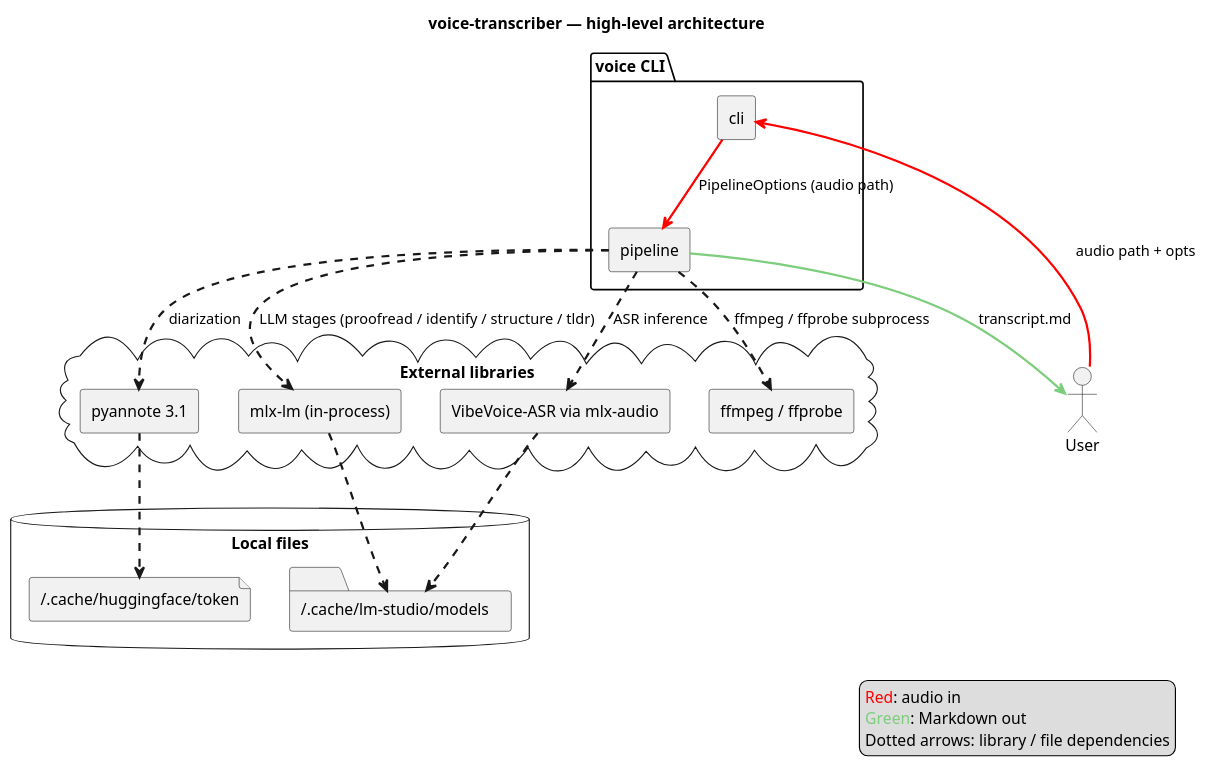
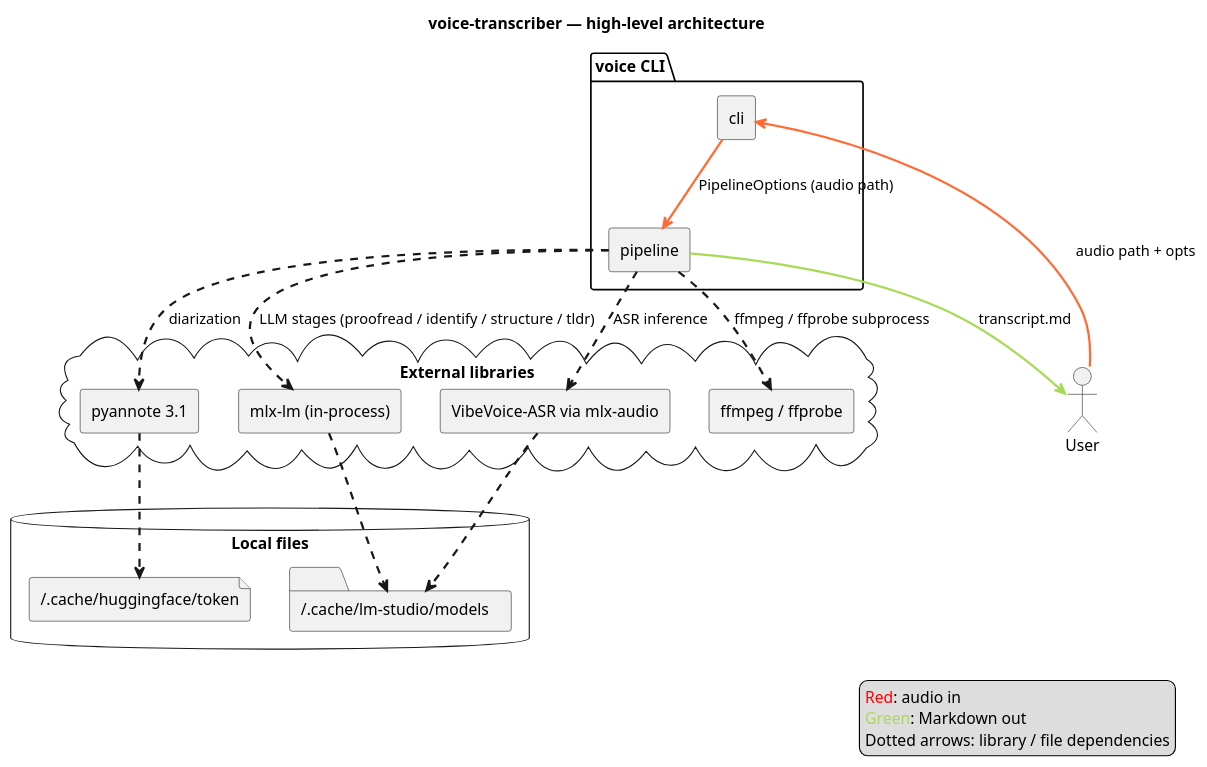
One commit to artem-from-ua/voice-transcriber changed the first of 2 diagrams in docs/architecture.md. Above: the diagram before and after it, drawn with PlantUML. The commit also changed other lines of this file and 11 other files, not shown here.

````diff
--- a/docs/architecture.md
+++ b/docs/architecture.md
@@ -11,45 +11,45 @@
 ```plantuml
 @startuml
 title voice-transcriber — high-level architecture
 skinparam componentStyle rectangle
 skinparam ArrowThickness 2
 
 actor User
 
 package "voice CLI" {
   component "cli" as CLI
   component "pipeline" as Pipeline
 }
 
 cloud "External libraries" {
   [ffmpeg / ffprobe] as Ffmpeg
   [VibeVoice-ASR via mlx-audio] as MLX
   [pyannote 3.1] as Pyannote
   [mlx-lm (in-process)] as MlxLm
 }
 
 database "Local files" {
   folder "~/.cache/lm-studio/models" as LMSCache
   file "~/.cache/huggingface/token" as HFToken
 }
 
-User -[#red]-> CLI : audio path + opts
-CLI -[#red]-> Pipeline : PipelineOptions (audio path)
-Pipeline -[#7CCD7C]-> User : transcript.md
+User -[#FF6B35]-> CLI : audio path + opts
+CLI -[#FF6B35]-> Pipeline : PipelineOptions (audio path)
+Pipeline -[#A8D957]-> User : transcript.md
 
 Pipeline ..> Ffmpeg : ffmpeg / ffprobe subprocess
 Pipeline ..> MLX : ASR inference
 Pipeline ..> Pyannote : diarization
 Pipeline ..> MlxLm : LLM stages (proofread / identify / structure / tldr)
 
 MLX ..> LMSCache
 MlxLm ..> LMSCache
 Pyannote ..> HFToken
 
 legend right
   <color:red>Red</color>: audio in
-  <color:#7CCD7C>Green</color>: Markdown out
+  <color:#A8D957>Green</color>: Markdown out
   Dotted arrows: library / file dependencies
 end legend
 @enduml
 ```
````
